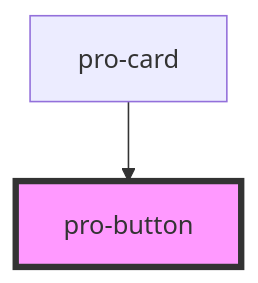
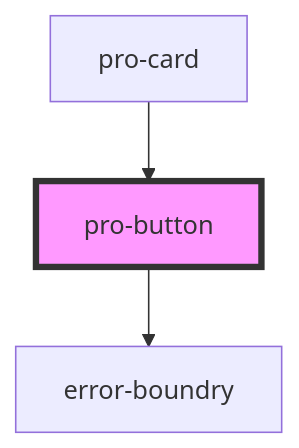
The diagram in src/atoms/button/readme.md (aab1dh/pro), drawn with Mermaid before and after one commit. The commit also changed other lines of this file and 15 other files, not shown here.

````diff
--- a/src/atoms/button/readme.md
+++ b/src/atoms/button/readme.md
@@ -22,5 +26,6 @@
 ```mermaid
 graph TD;
+  pro-button --> error-boundry
   pro-card --> pro-button
   style pro-button fill:#f9f,stroke:#333,stroke-width:4px
 ```
````
